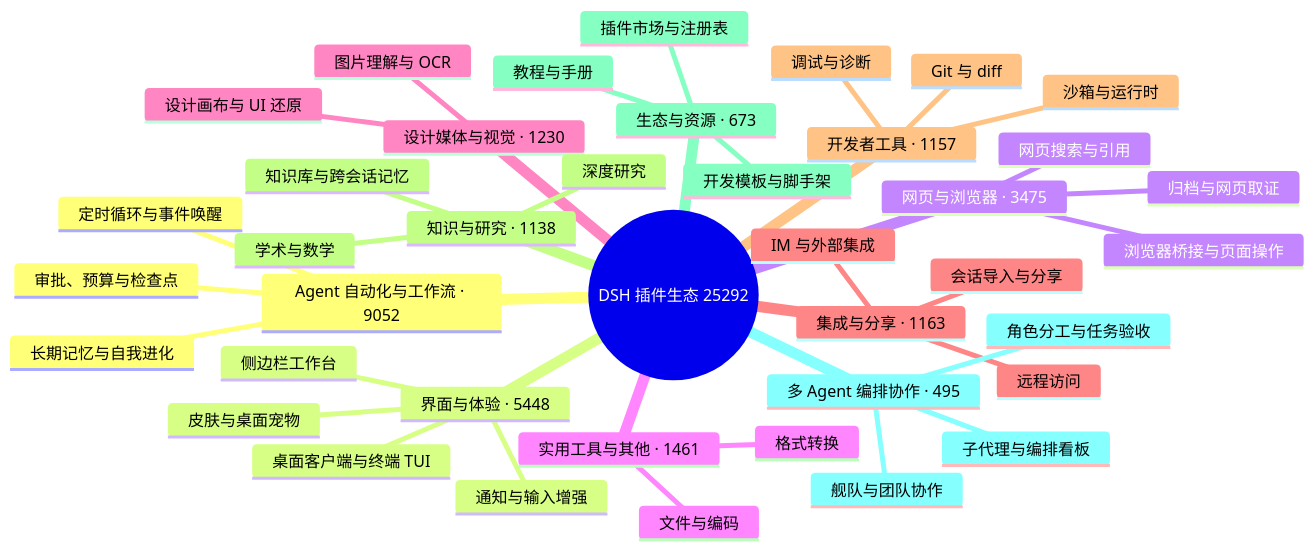
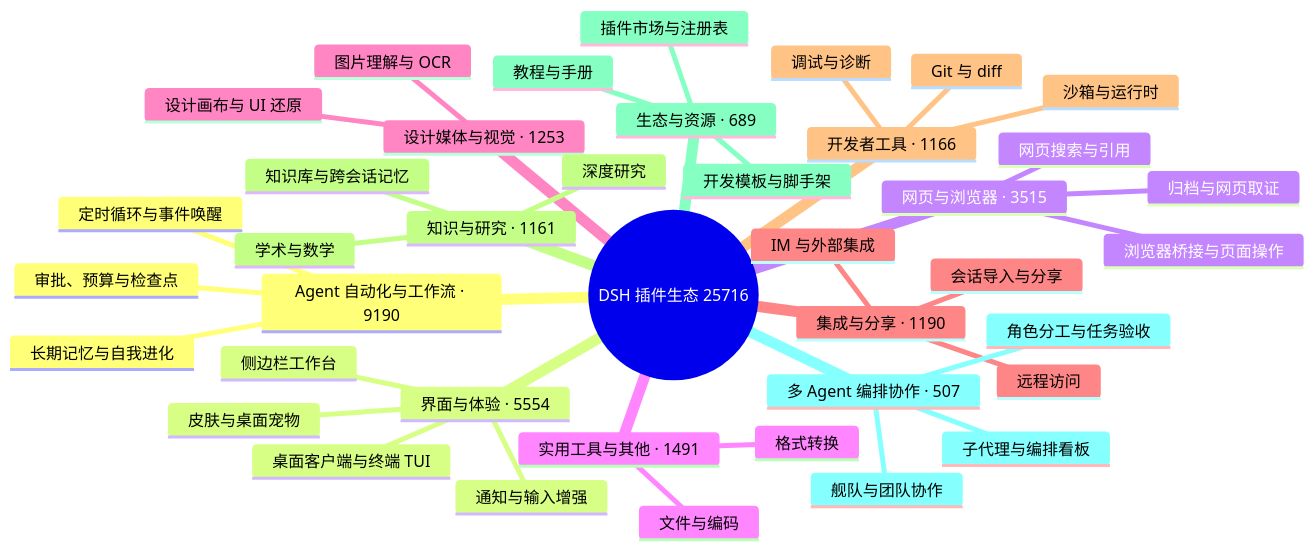
One commit to bruc3van/awesome-dsh-plugin changed the diagram in README.md. Above: the diagram before and after it, drawn with Mermaid. The commit also changed other lines of this file and 27 other files, not shown here.

````diff
--- a/README.md
+++ b/README.md
@@ -32,43 +32,43 @@
 ```mermaid
 mindmap
-  root((DSH 插件生态 25292))
-    Agent 自动化与工作流 · 9052
+  root((DSH 插件生态 25716))
+    Agent 自动化与工作流 · 9190
       定时循环与事件唤醒
       长期记忆与自我进化
       审批、预算与检查点
-    界面与体验 · 5448
+    界面与体验 · 5554
       桌面客户端与终端 TUI
       侧边栏工作台
       皮肤与桌面宠物
       通知与输入增强
-    网页与浏览器 · 3475
+    网页与浏览器 · 3515
       浏览器桥接与页面操作
       网页搜索与引用
       归档与网页取证
-    实用工具与其他 · 1461
+    实用工具与其他 · 1491
       文件与编码
       格式转换
-    设计媒体与视觉 · 1230
+    设计媒体与视觉 · 1253
       图片理解与 OCR
       设计画布与 UI 还原
-    集成与分享 · 1163
+    集成与分享 · 1190
       会话导入与分享
       远程访问
       IM 与外部集成
-    开发者工具 · 1157
+    开发者工具 · 1166
       Git 与 diff
       沙箱与运行时
       调试与诊断
-    知识与研究 · 1138
+    知识与研究 · 1161
       知识库与跨会话记忆
       深度研究
       学术与数学
-    生态与资源 · 673
+    生态与资源 · 689
       插件市场与注册表
       开发模板与脚手架
       教程与手册
-    多 Agent 编排协作 · 495
+    多 Agent 编排协作 · 507
       子代理与编排看板
       舰队与团队协作
       角色分工与任务验收
 ```
````
